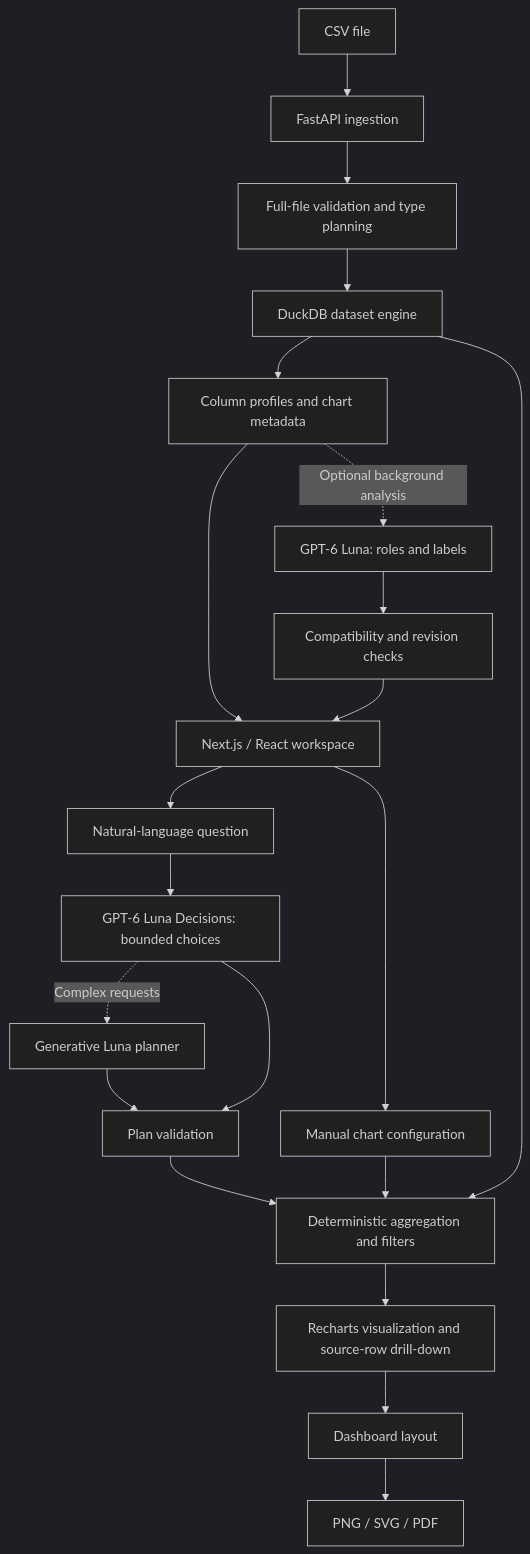
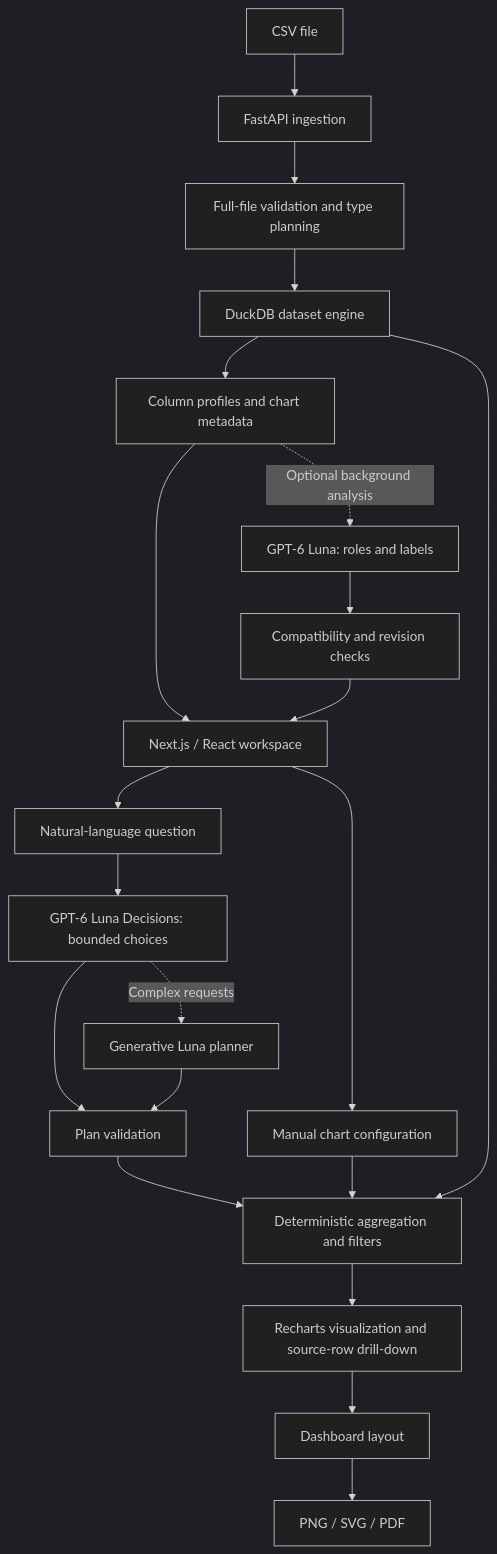
Before and after one commit to rayanical/analytico: the diagram in README.md, drawn with Mermaid (dark theme). The commit also changed other lines of this file, not shown here.

````diff
--- a/README.md
+++ b/README.md
@@ -41,25 +49,25 @@
 ```mermaid
 flowchart TD
     CSV[CSV file] --> API[FastAPI ingestion]
     API --> Validate[Full-file validation and type planning]
     Validate --> Engine[DuckDB dataset engine]
     Engine --> Profile[Column profiles and chart metadata]
     Profile --> UI[Next.js / React workspace]
 
     Profile -. Optional background analysis .-> Luna[GPT-6 Luna: roles and labels]
     Luna --> Guard[Compatibility and revision checks]
     Guard --> UI
 
     UI --> Question[Natural-language question]
     Question --> Plan[GPT-6 Luna Decisions: bounded choices]
     Plan -. Complex requests .-> Fallback[Generative Luna planner]
+    Plan --> Check[Plan validation]
     Fallback --> Check
-    Plan --> Check[Plan validation]
     UI --> Manual[Manual chart configuration]
     Check --> Aggregate[Deterministic aggregation and filters]
     Manual --> Aggregate
     Engine --> Aggregate
     Aggregate --> Chart[Recharts visualization and source-row drill-down]
     Chart --> Dashboard[Dashboard layout]
     Dashboard --> Export[PNG / SVG / PDF]
 ```
````
